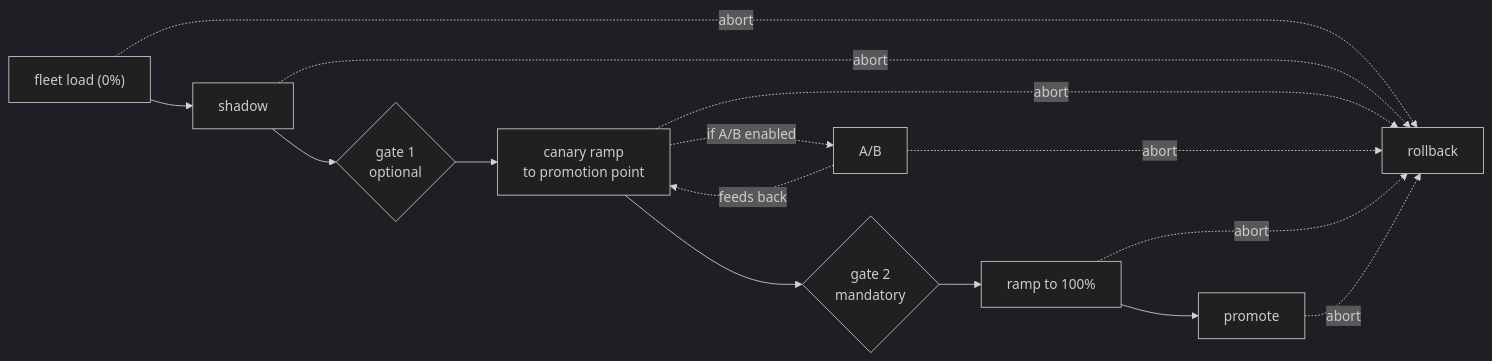
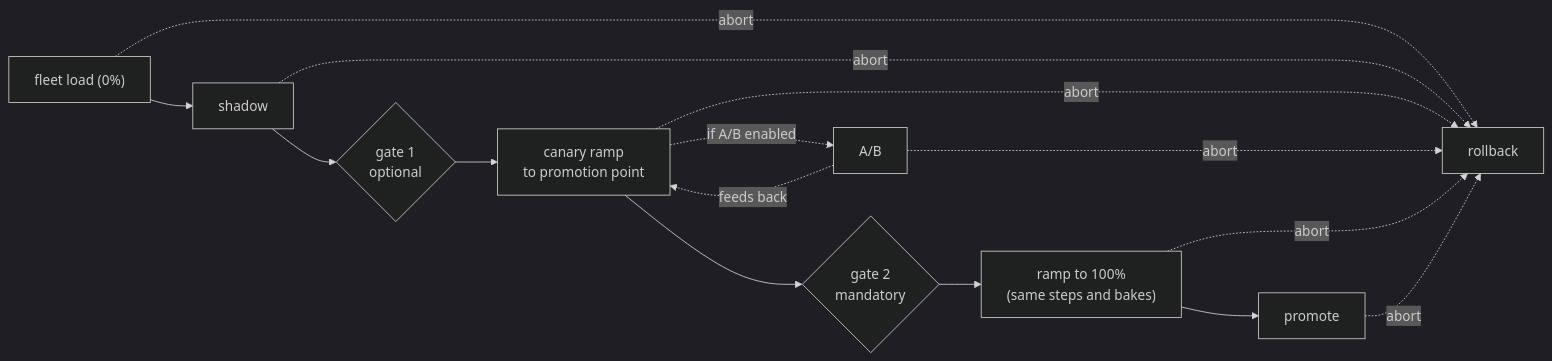
Before and after one commit to cunha-sigma/ml_offline: the diagram in design_docs/06_validation_promotion.md, drawn with Mermaid (dark theme). The commit also changed other lines of this file and 16 other files, not shown here.

````diff
--- a/design_docs/06_validation_promotion.md
+++ b/design_docs/06_validation_promotion.md
@@ -82,17 +89,17 @@
 ```mermaid
 flowchart LR
   FL["fleet load (0%)"] --> SH["shadow"]
   SH --> G1{"gate 1<br/>optional"}
   G1 --> CA["canary ramp<br/>to promotion point"]
   CA -. if A/B enabled .-> AB["A/B"]
   AB -. feeds back .-> CA
   CA --> G2{"gate 2<br/>mandatory"}
-  G2 --> RAMP["ramp to 100%"]
+  G2 --> RAMP["ramp to 100%<br/>(same steps and bakes)"]
   RAMP --> PR["promote"]
   FL -. abort .-> RB["rollback"]
   SH -. abort .-> RB
   CA -. abort .-> RB
   AB -. abort .-> RB
   RAMP -. abort .-> RB
   PR -. abort .-> RB
 ```
````
